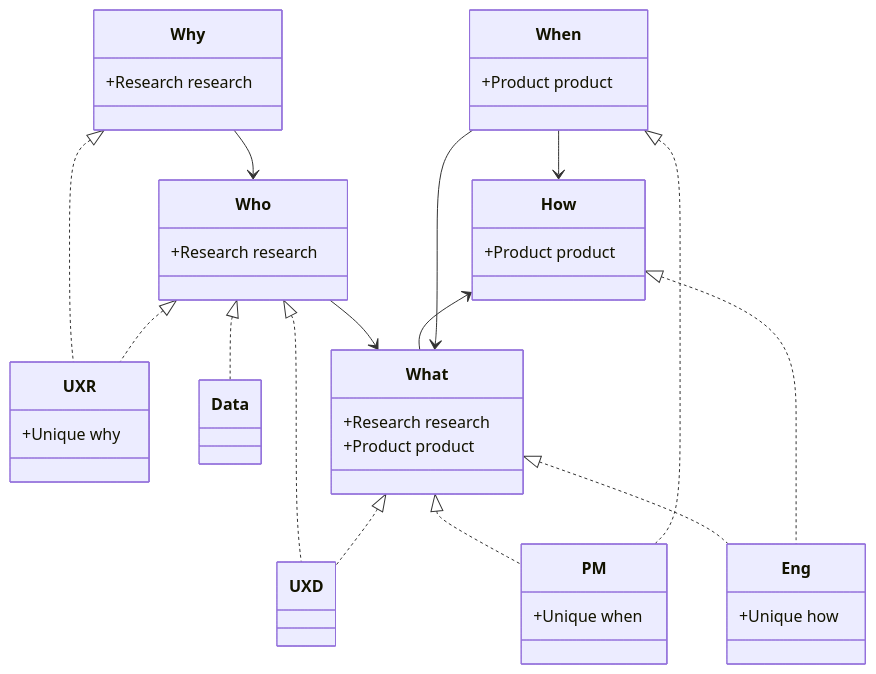
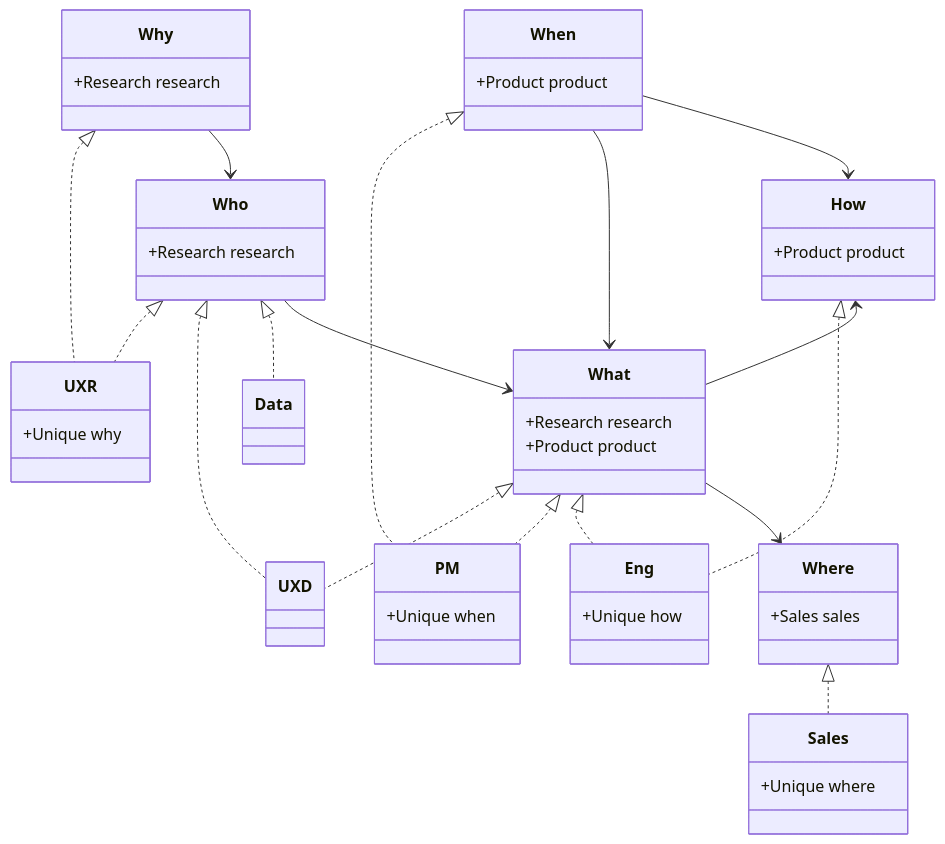
The diagram in UX 리서치/고작 다섯 명이 한 말을 어떻게 믿어요/이해관계자, UX 리서처의 첫 연구 대상.md (akiraei/study), drawn with Mermaid before and after one commit. The commit also changed other lines of this file and 1 other file, not shown here.

````diff
--- a/UX 리서치/고작 다섯 명이 한 말을 어떻게 믿어요/이해관계자, UX 리서처의 첫 연구 대상.md
+++ b/UX 리서치/고작 다섯 명이 한 말을 어떻게 믿어요/이해관계자, UX 리서처의 첫 연구 대상.md
@@ -44,57 +47,68 @@
 ```mermaid
-classDiagram
+    classDiagram
 
     Why <|.. UXR
 
-    Who <|.. UXR 
+    Who <|.. UXR
     Who <|.. UXD
     Who <|.. Data
 
     What <|.. UXD
     What <|.. PM
     What <|.. Eng
 
     How <|.. Eng
 
     When <|.. PM
 
+    Where <|.. Sales
+
     Why --> Who
     Who --> What
     How <-- What
     When --> What
     When --> How
+    What --> Where
 
     class What {
         +Research research
         +Product product
     }
 
     class Why {
         +Research research
     }
 
     class Who {
         +Research research
     }
 
     class How {
         +Product product
     }
 
     class When {
         +Product product
     }
 
     class Eng {
         +Unique how
     }
 
     class PM {
         +Unique when
     }
 
     class UXR {
         +Unique why
     }
 
+    class Where {
+        +Sales sales
+    }
+
+    class Sales {
+        +Unique where
+    }
+
 ```
````
